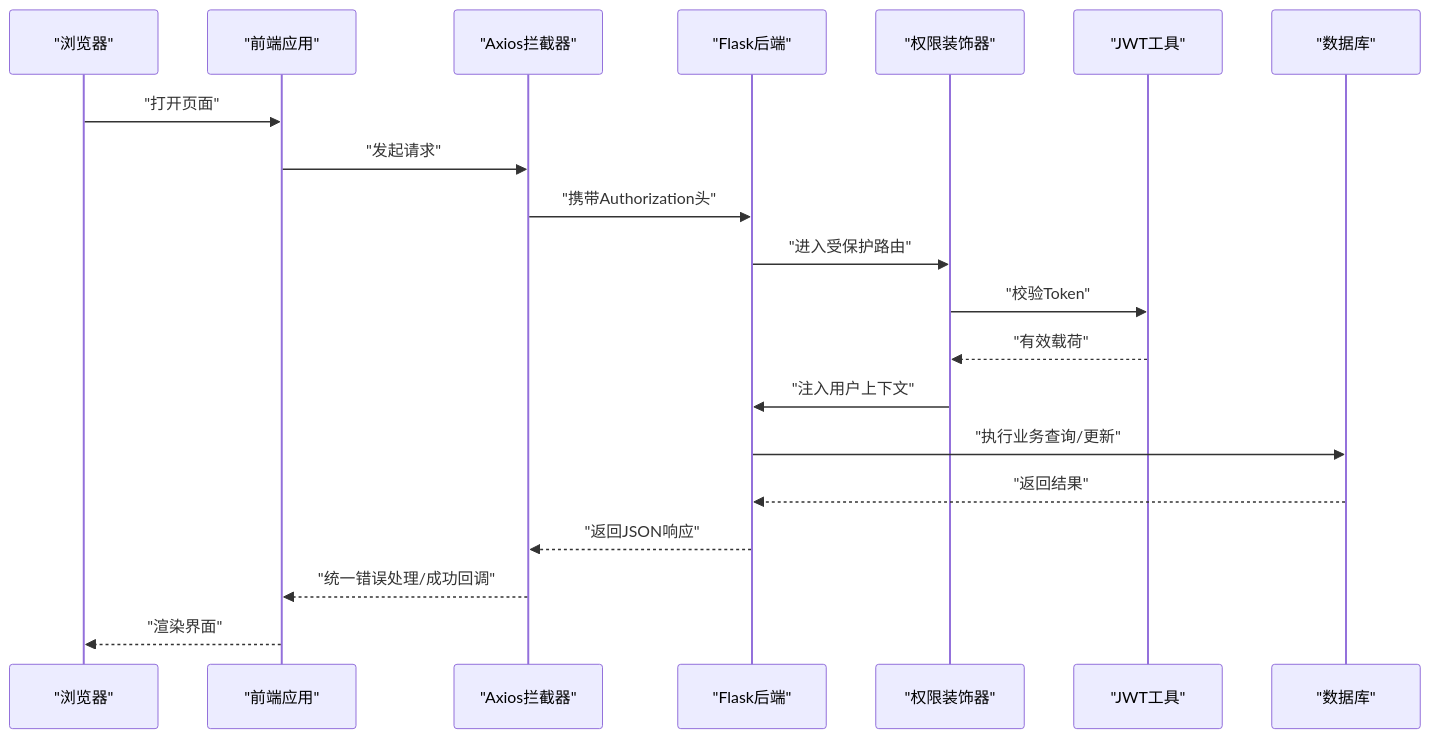
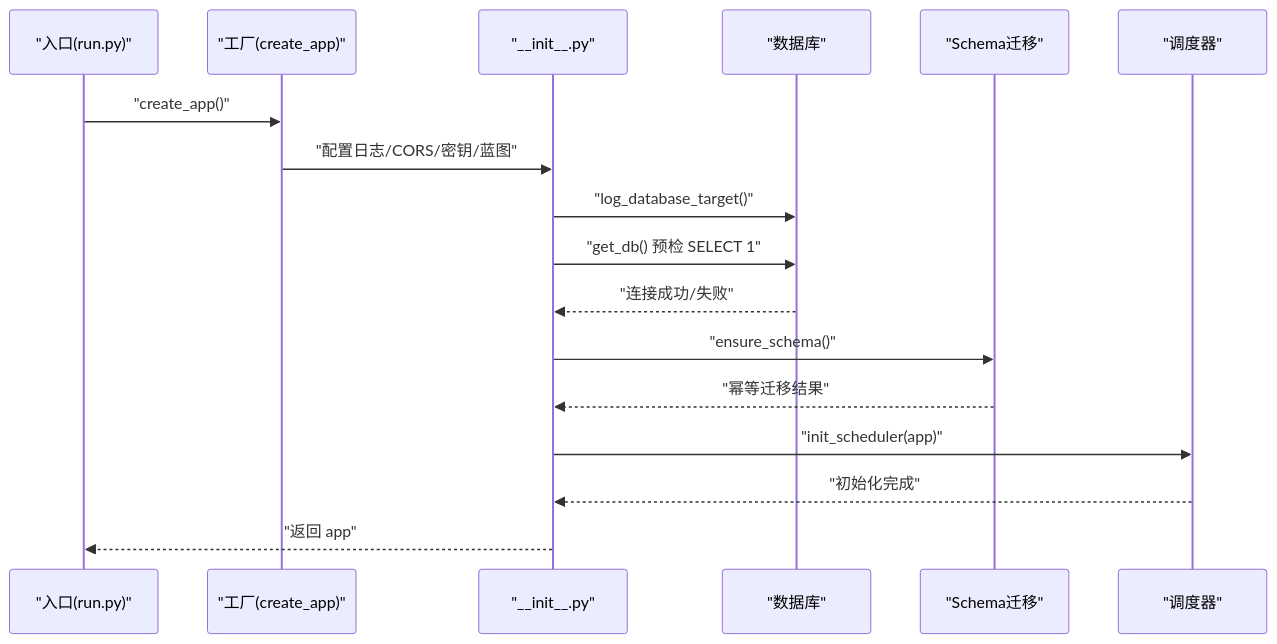
The third of 8 diagrams in .qoder/repowiki/zh/content/开发指南/开发指南.md (ismine3/OPS), drawn with Mermaid before and after one commit. The commit also changed other lines of this file and 157 other files, not shown here.

````diff
--- a/.qoder/repowiki/zh/content/开发指南/开发指南.md
+++ b/.qoder/repowiki/zh/content/开发指南/开发指南.md
@@ -150,22 +137,19 @@
 ```mermaid
 sequenceDiagram
-participant U as "浏览器"
-participant FE as "前端应用"
-participant AX as "Axios拦截器"
-participant BE as "Flask后端"
-participant DEC as "权限装饰器"
-participant AUTH as "JWT工具"
+participant Entry as "入口(run.py)"
+participant Factory as "工厂(create_app)"
+participant Init as "__init__.py"
 participant DB as "数据库"
-U->>FE : "打开页面"
-FE->>AX : "发起请求"
-AX->>BE : "携带Authorization头"
-BE->>DEC : "进入受保护路由"
-DEC->>AUTH : "校验Token"
-AUTH-->>DEC : "有效载荷"
-DEC->>BE : "注入用户上下文"
-BE->>DB : "执行业务查询/更新"
-DB-->>BE : "返回结果"
-BE-->>AX : "返回JSON响应"
-AX-->>FE : "统一错误处理/成功回调"
-FE-->>U : "渲染界面"
+participant Schema as "Schema迁移"
+participant Sched as "调度器"
+Entry->>Factory : "create_app()"
+Factory->>Init : "配置日志/CORS/密钥/蓝图"
+Init->>DB : "log_database_target()"
+Init->>DB : "get_db() 预检 SELECT 1"
+DB-->>Init : "连接成功/失败"
+Init->>Schema : "ensure_schema()"
+Schema-->>Init : "幂等迁移结果"
+Init->>Sched : "init_scheduler(app)"
+Sched-->>Init : "初始化完成"
+Init-->>Entry : "返回 app"
 ```
````
